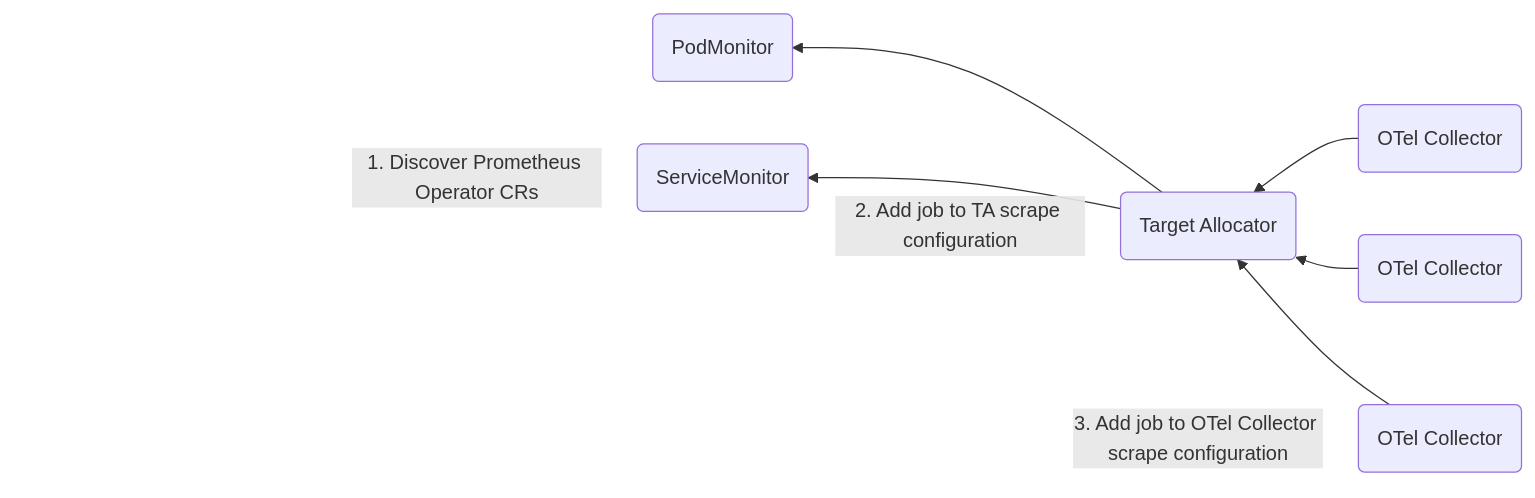
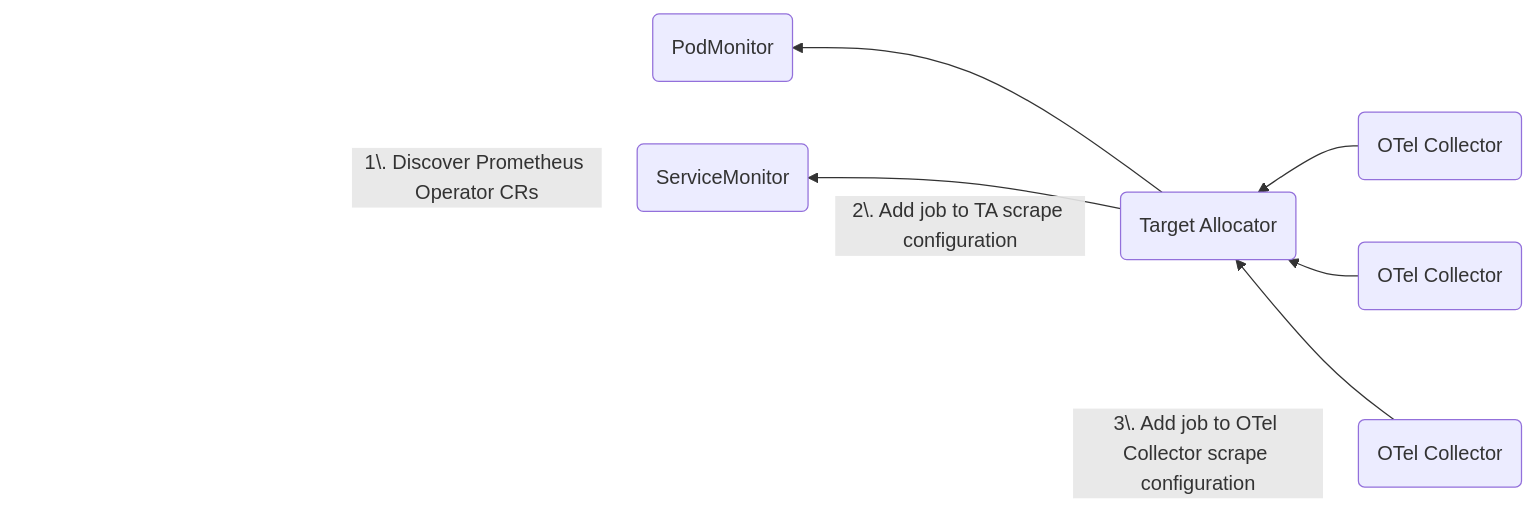
The second of 2 diagrams in content/en/blog/2024/prom-and-otel/index.md (open-telemetry/opentelemetry.io), drawn with Mermaid before and after one commit.

Commit message:
Fix flowchart syntax (#6454)

````diff
--- a/content/en/blog/2024/prom-and-otel/index.md
+++ b/content/en/blog/2024/prom-and-otel/index.md
@@ -261,17 +261,17 @@
 ```mermaid
 flowchart RL
   pm(PodMonitor)
   sm(ServiceMonitor)
   ta(Target Allocator)
   oc1(OTel Collector)
   oc2(OTel Collector)
   oc3(OTel Collector)
   ta --> pm
   ta --> sm
   oc1 --> ta
   oc2 --> ta
   oc3 --> ta
-  sm ~~~|"1. Discover Prometheus Operator CRs"| sm
-  ta ~~~|"2. Add job to TA scrape configuration"| ta
-  oc3 ~~~|"3. Add job to OTel Collector scrape configuration"| oc3
+  sm ~~~|1\. Discover Prometheus Operator CRs| sm
+  ta ~~~|2\. Add job to TA scrape configuration| ta
+  oc3 ~~~|3\. Add job to OTel Collector scrape configuration| oc3
 ```
````
